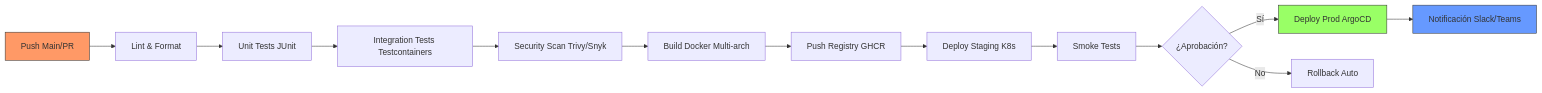
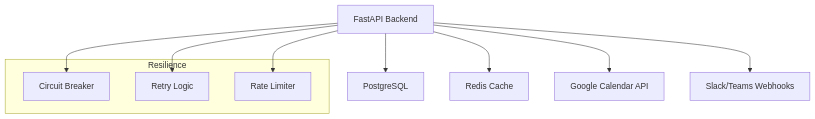
The diagram in README.md (raulrodriguezmesia-blip/automatizacion-convocatorias), drawn with Mermaid before and after one commit. The commit also changed other lines of this file and 63 other files, not shown here.

````diff
--- a/README.md
+++ b/README.md
@@ -201,19 +92,17 @@
 ```mermaid
-flowchart LR
-    A[Push Main/PR] --> B[Lint & Format]
-    B --> C[Unit Tests JUnit]
-    C --> D[Integration Tests Testcontainers]
-    D --> E[Security Scan Trivy/Snyk]
-    E --> F[Build Docker Multi-arch]
-    F --> G[Push Registry GHCR]
-    G --> H[Deploy Staging K8s]
-    H --> I[Smoke Tests]
-    I --> J{¿Aprobación?}
-    J -->|Sí| K[Deploy Prod ArgoCD]
-    J -->|No| L[Rollback Auto]
-    K --> M[Notificación Slack/Teams]
+graph TD
+    A[FastAPI Backend] --> B[PostgreSQL]
+    A --> C[Redis Cache]
+    A --> D[Google Calendar API]
+    A --> E[Slack/Teams Webhooks]
     
-    style A fill:#f96,stroke:#333
-    style K fill:#9f6,stroke:#333
-    style M fill:#69f,stroke:#333
+    subgraph Resilience
+        F[Circuit Breaker]
+        G[Retry Logic]
+        H[Rate Limiter]
+    end
+    
+    A --> F
+    A --> G
+    A --> H
 ```
````
